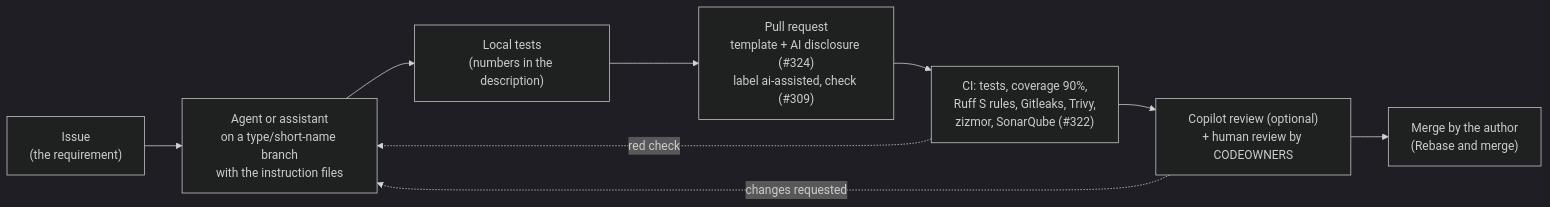
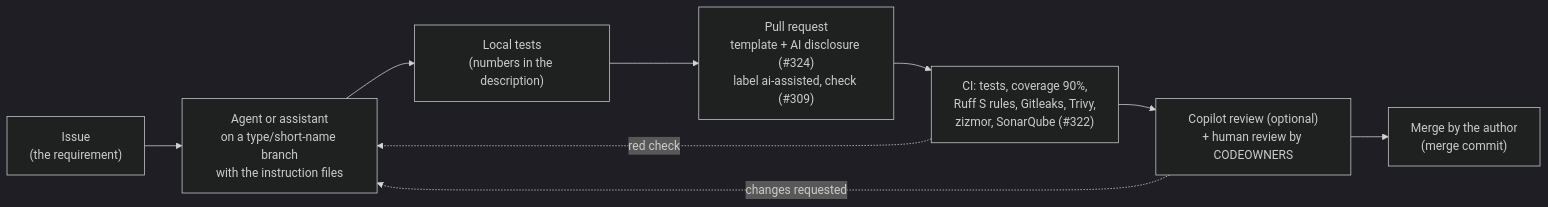
The diagram in docs/ai-usage/README.md (metezd/OmniLog), drawn with Mermaid (dark theme) before and after one commit. The commit also changed 3 other files, not shown here.

````diff
--- a/docs/ai-usage/README.md
+++ b/docs/ai-usage/README.md
@@ -21,11 +21,11 @@
 ```mermaid
 flowchart LR
     I["Issue<br/>(the requirement)"] --> B["Agent or assistant<br/>on a type/short-name branch<br/>with the instruction files"]
     B --> T["Local tests<br/>(numbers in the description)"]
     T --> P["Pull request<br/>template + AI disclosure (#324)<br/>label ai-assisted, check (#309)"]
     P --> C["CI: tests, coverage 90%,<br/>Ruff S rules, Gitleaks, Trivy,<br/>zizmor, SonarQube (#322)"]
     C --> R["Copilot review (optional)<br/>+ human review by CODEOWNERS"]
-    R --> M["Merge by the author<br/>(Rebase and merge)"]
+    R --> M["Merge by the author<br/>(merge commit)"]
     R -. "changes requested" .-> B
     C -. "red check" .-> B
 ```
````
